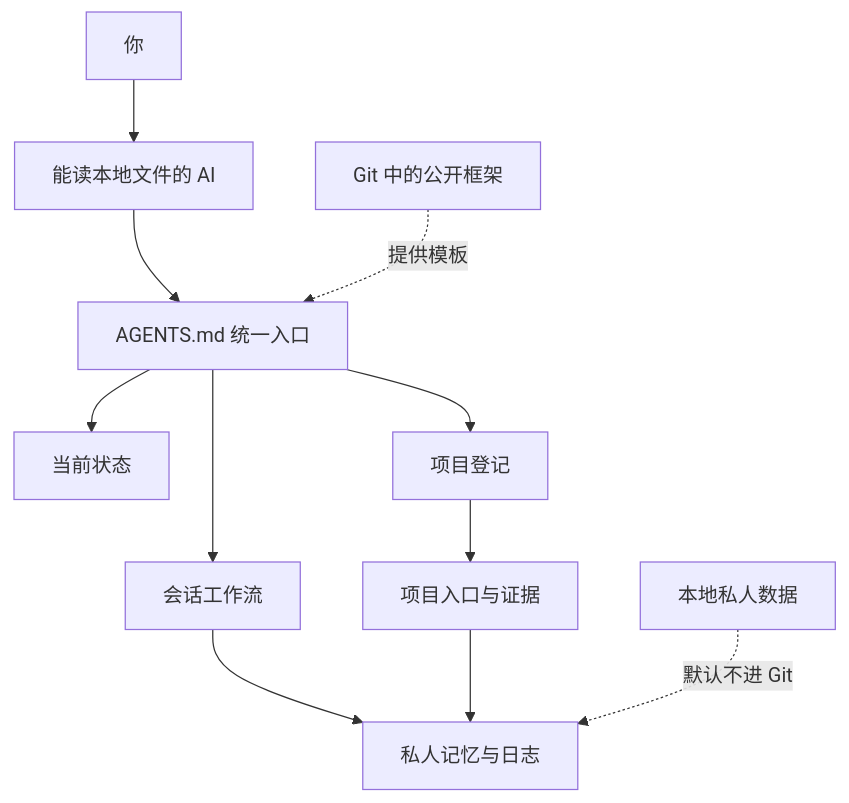
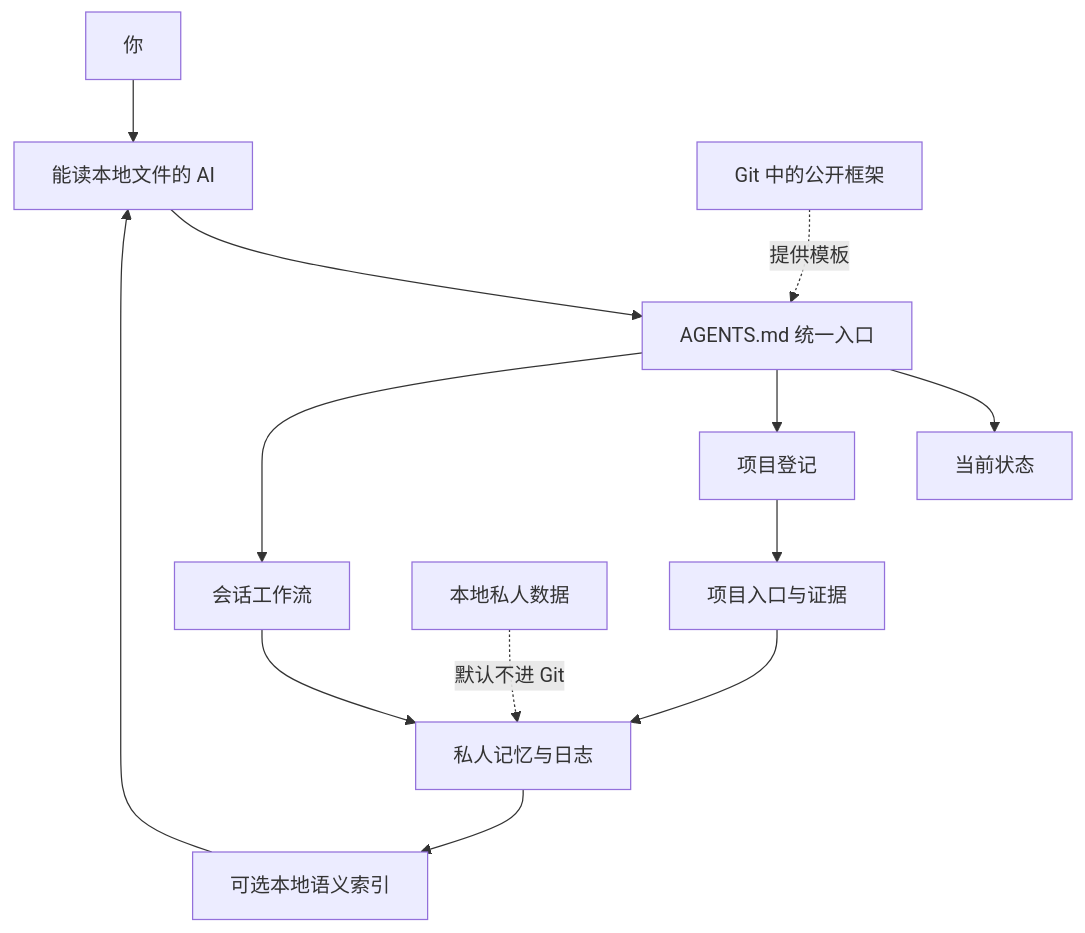
Before and after one commit to davidme6/personal-ai-agent: the diagram in README.zh-CN.md, drawn with Mermaid. The commit also changed other lines of this file and 12 other files, not shown here.

````diff
--- a/README.zh-CN.md
+++ b/README.zh-CN.md
@@ -36,13 +37,15 @@
 ```mermaid
 flowchart TD
     U[你] --> A[能读本地文件的 AI]
     A --> P[AGENTS.md 统一入口]
     P --> S[当前状态]
     P --> R[项目登记]
     P --> W[会话工作流]
     R --> E[项目入口与证据]
     W --> M[私人记忆与日志]
     E --> M
+    M --> I[可选本地语义索引]
+    I --> A
     C[Git 中的公开框架] -. 提供模板 .-> P
     D[本地私人数据] -. 默认不进 Git .-> M
 ```
````
